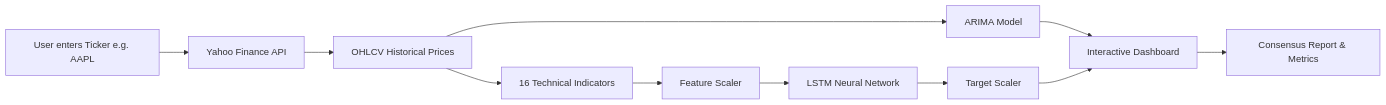
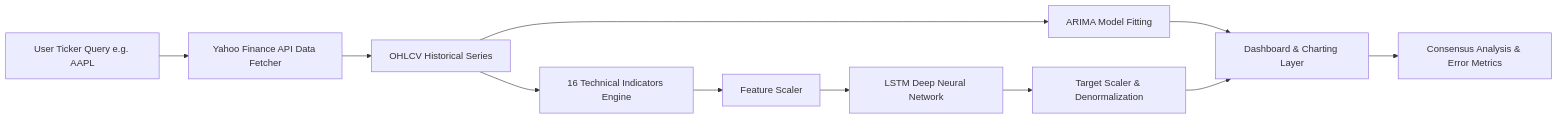
The diagram in README.md (prapanna2468/Stock-Vision), drawn with Mermaid before and after one commit. The commit also changed other lines of this file, not shown here.

````diff
--- a/README.md
+++ b/README.md
@@ -35,13 +41,13 @@
 ```mermaid
 flowchart LR
-    A[User enters Ticker e.g. AAPL] --> B[Yahoo Finance API]
-    B --> C[OHLCV Historical Prices]
-    C --> D[ARIMA Model]
-    C --> E[16 Technical Indicators]
+    A[User Ticker Query e.g. AAPL] --> B[Yahoo Finance API Data Fetcher]
+    B --> C[OHLCV Historical Series]
+    C --> D[ARIMA Model Fitting]
+    C --> E[16 Technical Indicators Engine]
     E --> F[Feature Scaler]
-    F --> G[LSTM Neural Network]
-    G --> H[Target Scaler]
-    D --> I[Interactive Dashboard]
+    F --> G[LSTM Deep Neural Network]
+    G --> H[Target Scaler & Denormalization]
+    D --> I[Dashboard & Charting Layer]
     H --> I
-    I --> J[Consensus Report & Metrics]
+    I --> J[Consensus Analysis & Error Metrics]
 ```
````
